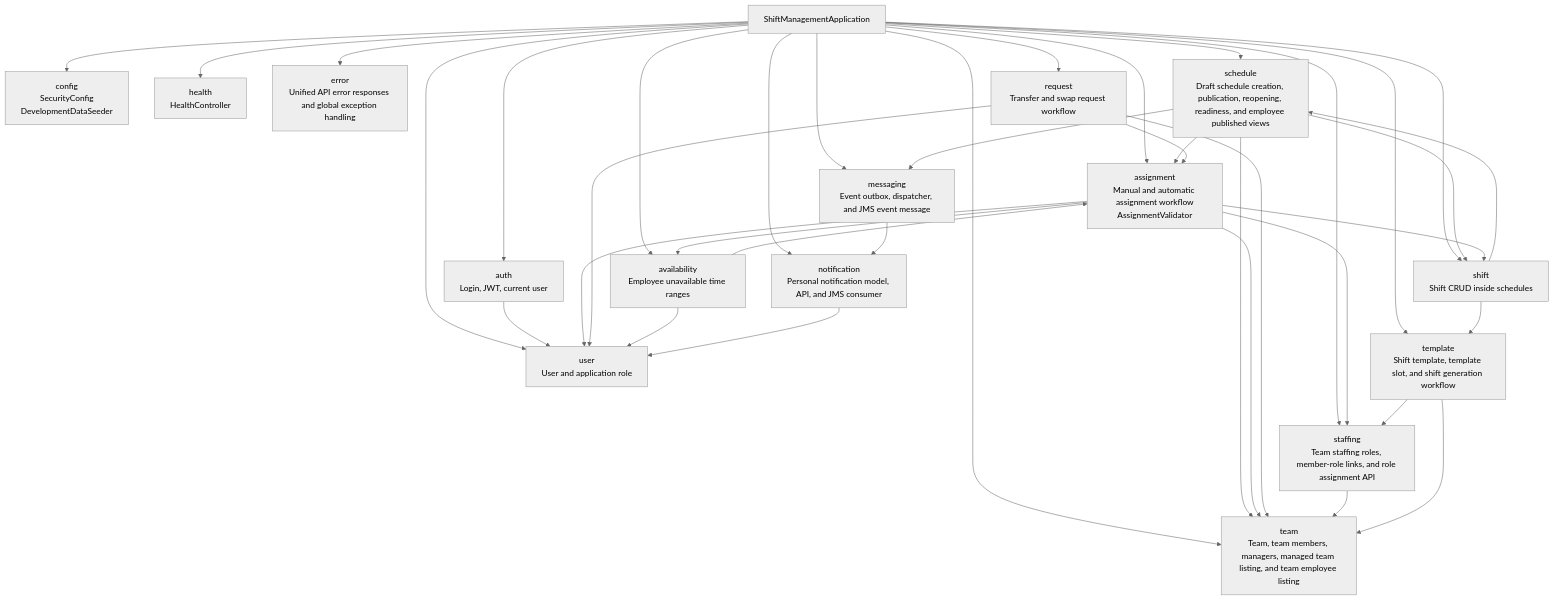
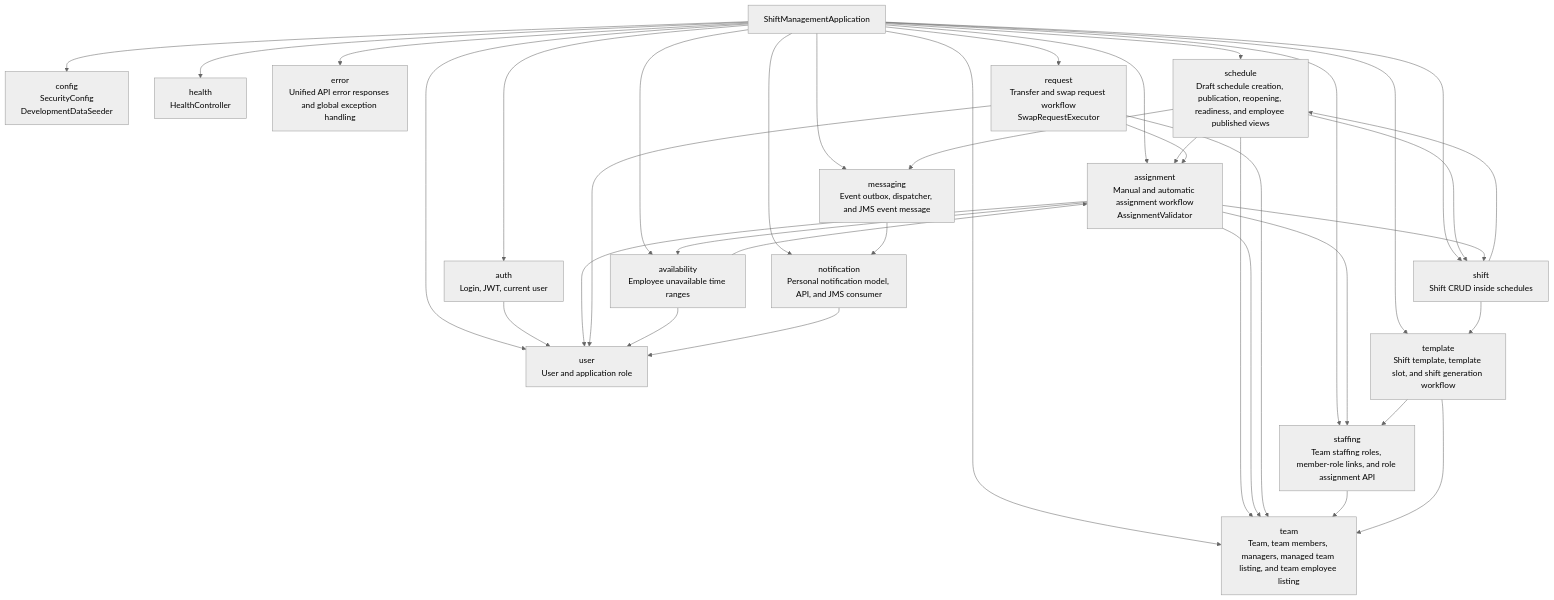
Before and after one commit to HiliMor/shift-management-system: the second of 20 diagrams in docs/current-backend-architecture.md, drawn with Mermaid (neutral theme). The commit also changed other lines of this file and 7 other files, not shown here.

Commit message:
Transfer and swap requests: Extract approved request executor

````diff
--- a/docs/current-backend-architecture.md
+++ b/docs/current-backend-architecture.md
@@ -77,59 +77,59 @@
 ```mermaid
 flowchart TD
     app["ShiftManagementApplication"]
 
     config["config<br/>SecurityConfig<br/>DevelopmentDataSeeder"]
     health["health<br/>HealthController"]
     auth["auth<br/>Login, JWT, current user"]
     error["error<br/>Unified API error responses and global exception handling"]
     user["user<br/>User and application role"]
     team["team<br/>Team, team members, managers, managed team listing, and team employee listing"]
     schedule["schedule<br/>Draft schedule creation, publication, reopening, readiness, and employee published views"]
     shift["shift<br/>Shift CRUD inside schedules"]
     assignment["assignment<br/>Manual and automatic assignment workflow<br/>AssignmentValidator"]
-    request["request<br/>Transfer and swap request workflow"]
+    request["request<br/>Transfer and swap request workflow<br/>SwapRequestExecutor"]
     availability["availability<br/>Employee unavailable time ranges"]
     staffing["staffing<br/>Team staffing roles, member-role links, and role assignment API"]
     template["template<br/>Shift template, template slot, and shift generation workflow"]
     messaging["messaging<br/>Event outbox, dispatcher, and JMS event message"]
     notification["notification<br/>Personal notification model, API, and JMS consumer"]
 
     app --> config
     app --> health
     app --> auth
     app --> error
     app --> user
     app --> team
     app --> schedule
     app --> shift
     app --> assignment
     app --> request
     app --> availability
     app --> staffing
     app --> template
     app --> messaging
     app --> notification
 
     auth --> user
     schedule --> team
     schedule --> shift
     schedule --> assignment
     schedule --> messaging
     messaging --> notification
     shift --> schedule
     assignment --> shift
     assignment --> team
     assignment --> user
     assignment --> availability
     assignment --> staffing
     request --> assignment
     request --> team
     request --> user
     availability --> user
     availability --> assignment
     staffing --> team
     template --> team
     template --> staffing
     shift --> template
     notification --> user
 ```
````
